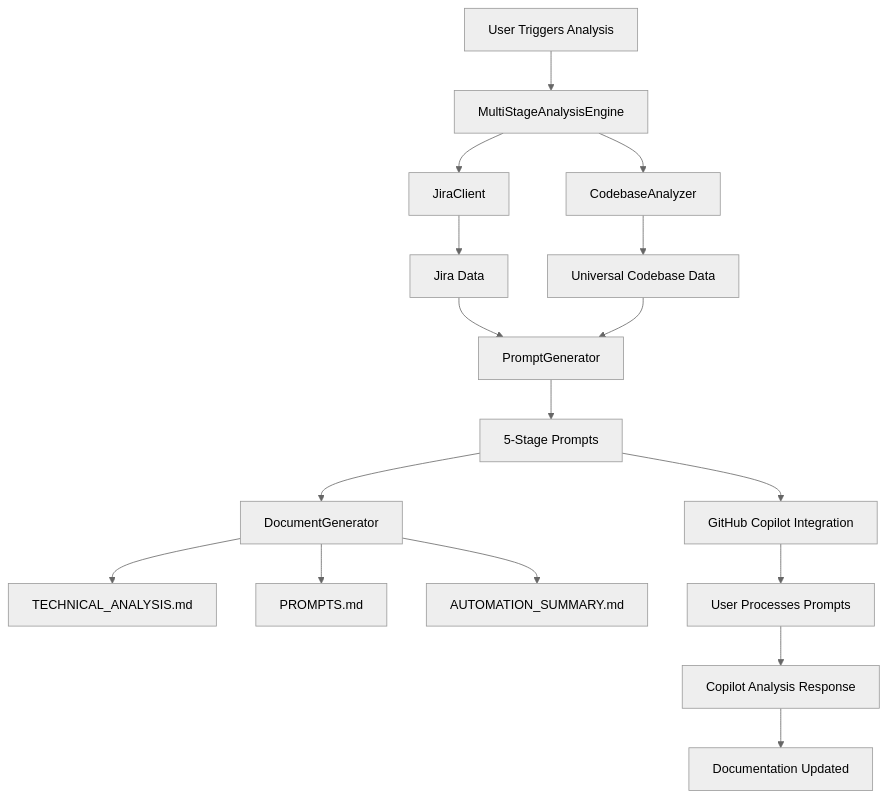
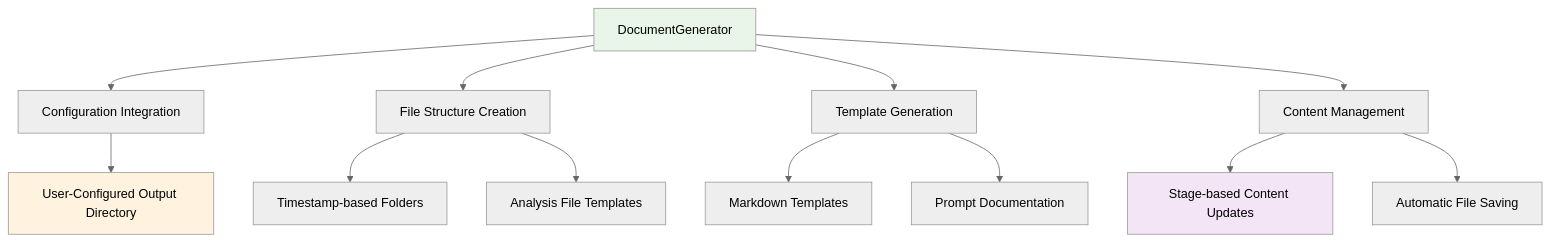
Before and after one commit to Srinidhi94/Product-Owner-AI-Agent: the fifth of 11 diagrams in docs/ARCHITECTURE.md, drawn with Mermaid (neutral theme). The commit also changed other lines of this file and 38 other files, not shown here.

````diff
--- a/docs/ARCHITECTURE.md
+++ b/docs/ARCHITECTURE.md
@@ -22,19 +291,19 @@
 ```mermaid
-graph TD
-    A[User Triggers Analysis] --> B[MultiStageAnalysisEngine]
-    B --> C[JiraClient]
-    B --> D[CodebaseAnalyzer]
-    C --> E[Jira Data]
-    D --> F[Universal Codebase Data]
-    E --> G[PromptGenerator]
-    F --> G
-    G --> H[5-Stage Prompts]
-    H --> I[DocumentGenerator]
-    I --> J[TECHNICAL_ANALYSIS.md]
-    I --> K[PROMPTS.md]
-    I --> L[AUTOMATION_SUMMARY.md]
-    H --> M[GitHub Copilot Integration]
-    M --> N[User Processes Prompts]
-    N --> O[Copilot Analysis Response]
-    O --> P[Documentation Updated]
+graph TB
+    A[DocumentGenerator] --> B[Configuration Integration]
+    A --> C[File Structure Creation]
+    A --> D[Template Generation]
+    A --> E[Content Management]
+    
+    B --> F[User-Configured Output Directory]
+    C --> G[Timestamp-based Folders]
+    C --> H[Analysis File Templates]
+    D --> I[Markdown Templates]
+    D --> J[Prompt Documentation]
+    E --> K[Stage-based Content Updates]
+    E --> L[Automatic File Saving]
+    
+    style A fill:#e8f5e8
+    style F fill:#fff3e0
+    style K fill:#f3e5f5
 ```
````
